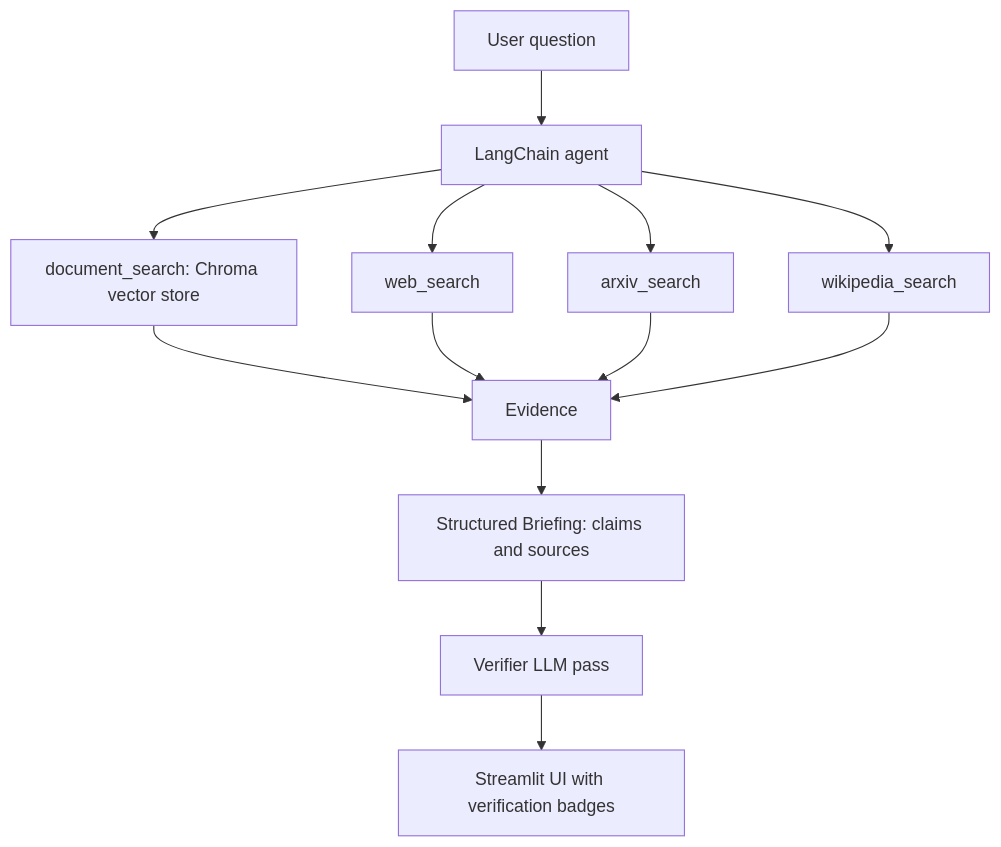
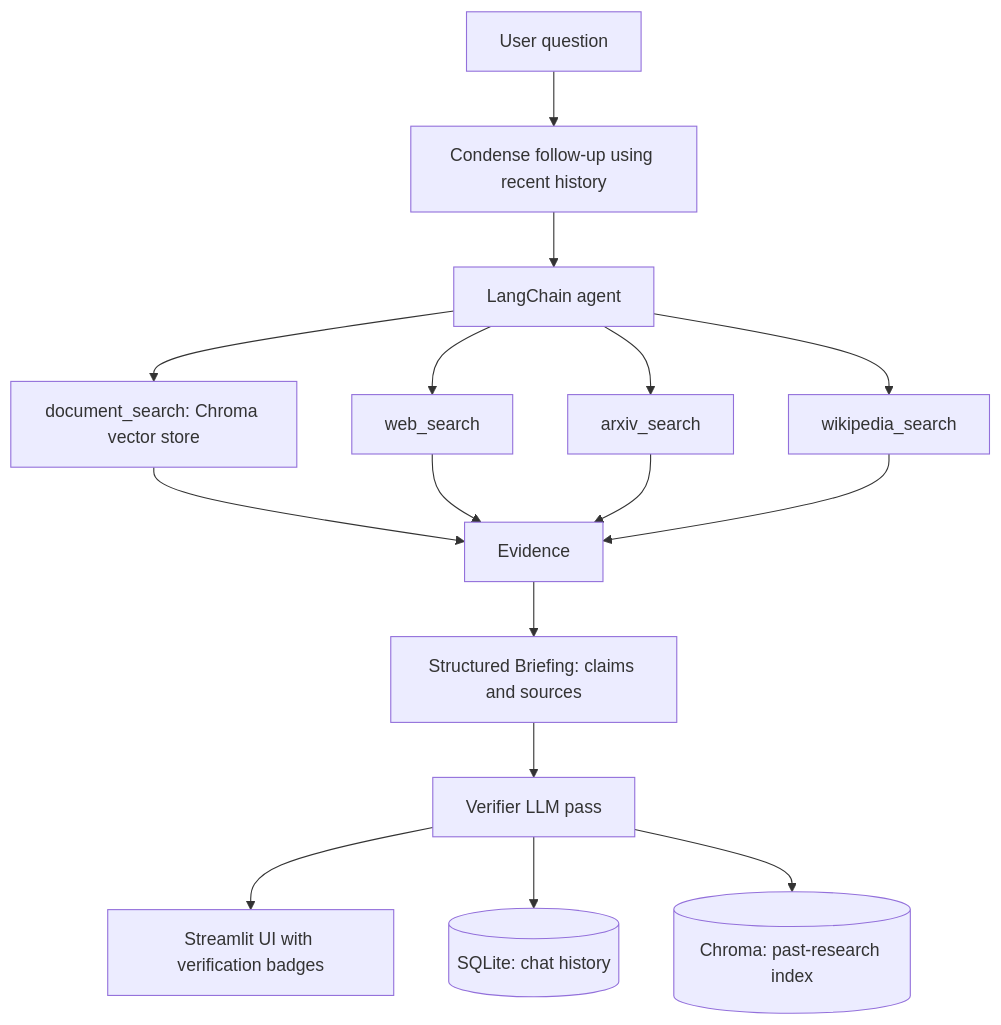
Before and after one commit to nikitaranshur98-stack/citewise: the diagram in README.md, drawn with Mermaid. The commit also changed other lines of this file, not shown here.

Commit message:
Update README with features, architecture and evaluation results

````diff
--- a/README.md
+++ b/README.md
@@ -15,15 +20,18 @@
 ```mermaid
 flowchart TD
-    U[User question] --> A[LangChain agent]
+    U[User question] --> C[Condense follow-up using recent history]
+    C --> A[LangChain agent]
     A --> D[document_search: Chroma vector store]
     A --> W[web_search]
     A --> R[arxiv_search]
     A --> K[wikipedia_search]
     D --> E[Evidence]
     W --> E
     R --> E
     K --> E
     E --> B[Structured Briefing: claims and sources]
     B --> V[Verifier LLM pass]
     V --> UI[Streamlit UI with verification badges]
+    V --> S[(SQLite: chat history)]
+    V --> H[(Chroma: past-research index)]
 ```
````
